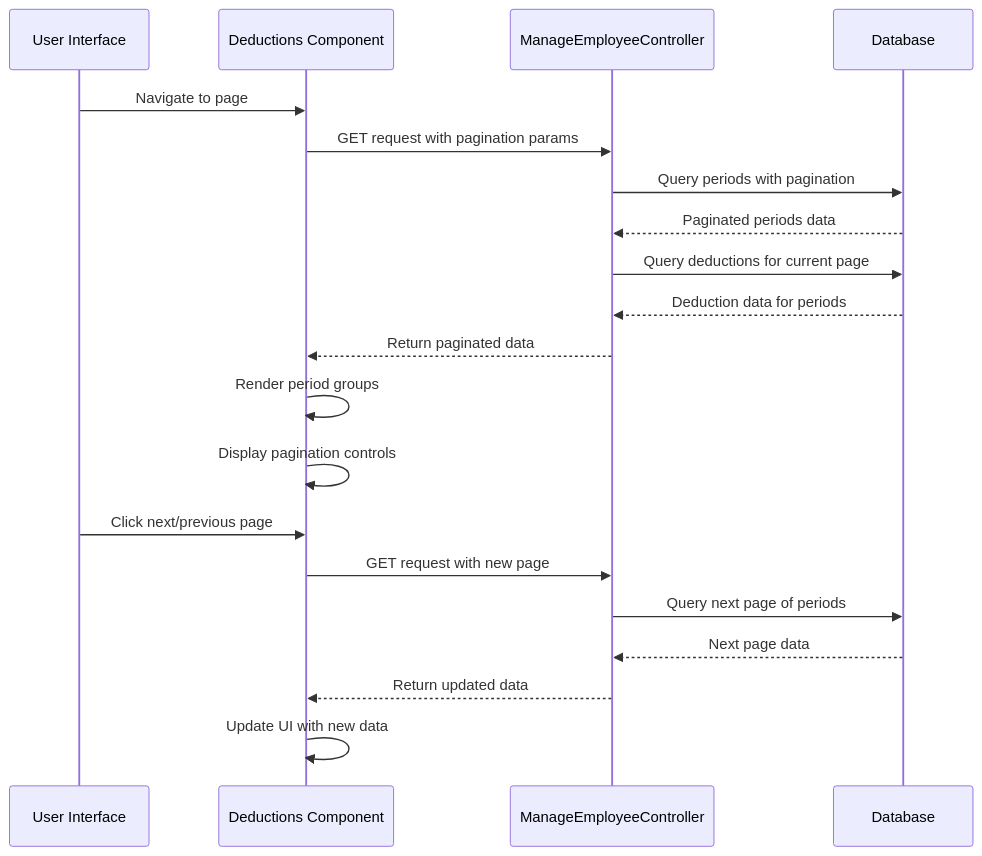
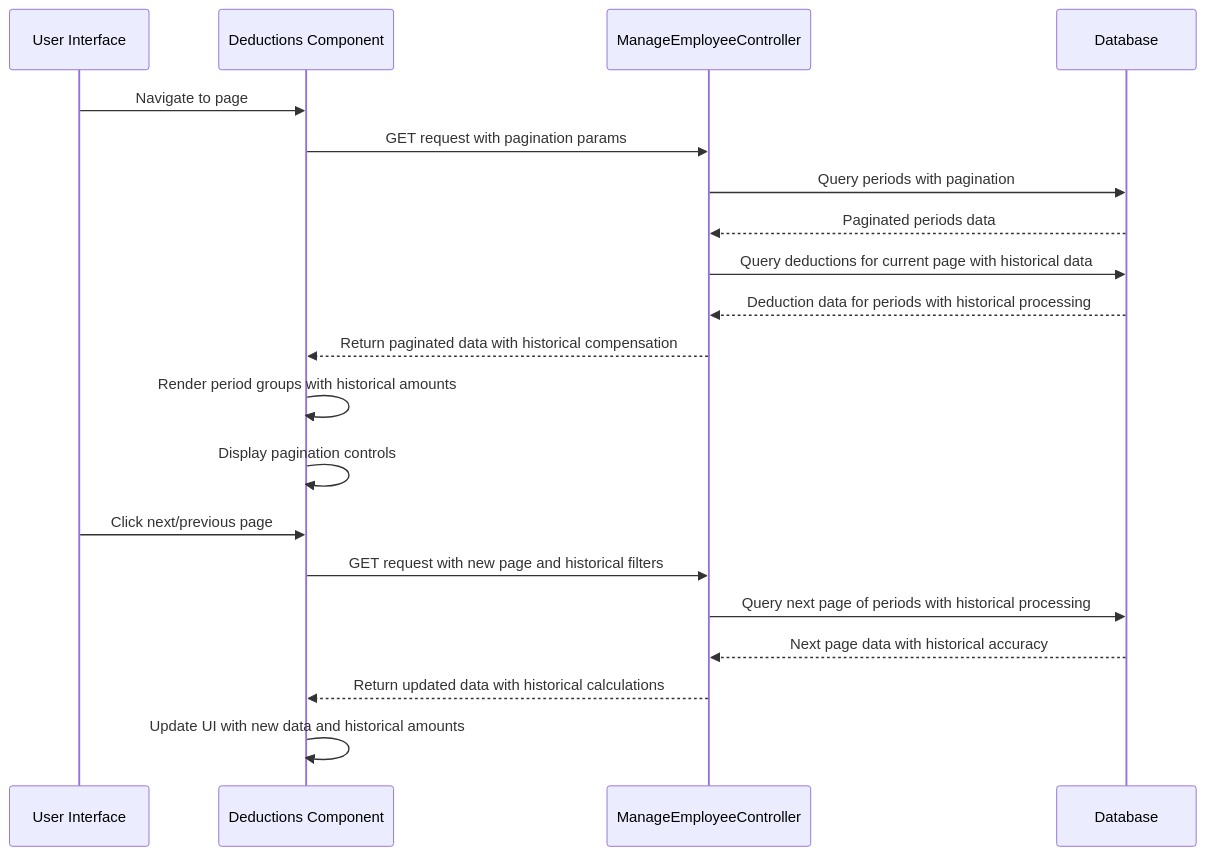
One commit to vincet0t15/template changed the tenth of 19 diagrams in .qoder/repowiki/en/content/Employee Management/Employee Compensation Management.md. Above: the diagram before and after it, drawn with Mermaid. The commit also changed other lines of this file and 11 other files, not shown here.

````diff
--- a/.qoder/repowiki/en/content/Employee Management/Employee Compensation Management.md
+++ b/.qoder/repowiki/en/content/Employee Management/Employee Compensation Management.md
@@ -521,22 +673,22 @@
 ```mermaid
 sequenceDiagram
 participant User as User Interface
 participant Component as Deductions Component
 participant Controller as ManageEmployeeController
 participant Database as Database
 User->>Component : Navigate to page
 Component->>Controller : GET request with pagination params
 Controller->>Database : Query periods with pagination
 Database-->>Controller : Paginated periods data
-Controller->>Database : Query deductions for current page
-Database-->>Controller : Deduction data for periods
-Controller-->>Component : Return paginated data
-Component->>Component : Render period groups
+Controller->>Database : Query deductions for current page with historical data
+Database-->>Controller : Deduction data for periods with historical processing
+Controller-->>Component : Return paginated data with historical compensation
+Component->>Component : Render period groups with historical amounts
 Component->>Component : Display pagination controls
 User->>Component : Click next/previous page
-Component->>Controller : GET request with new page
-Controller->>Database : Query next page of periods
-Database-->>Controller : Next page data
-Controller-->>Component : Return updated data
-Component->>Component : Update UI with new data
+Component->>Controller : GET request with new page and historical filters
+Controller->>Database : Query next page of periods with historical processing
+Database-->>Controller : Next page data with historical accuracy
+Controller-->>Component : Return updated data with historical calculations
+Component->>Component : Update UI with new data and historical amounts
 ```
````
